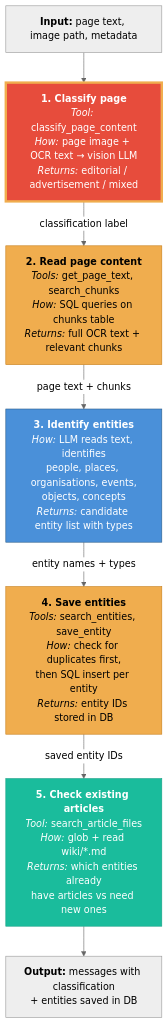
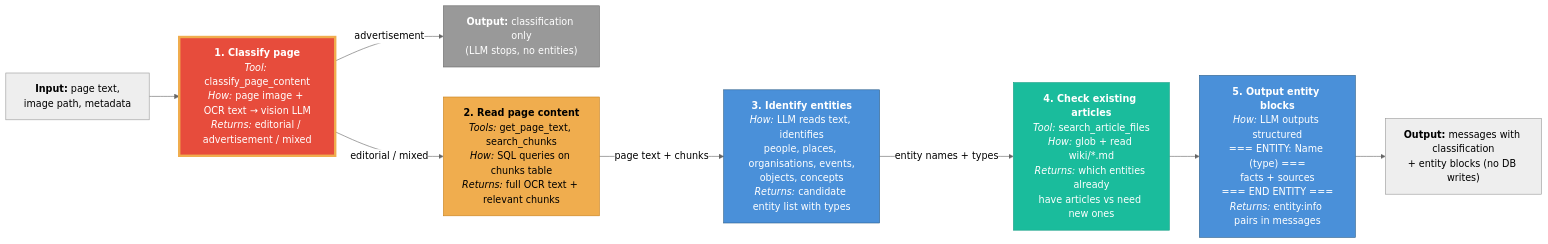
One commit to alastairrushworth/docswarm changed the second of 4 diagrams in docs/swarm-flow.md. Above: the diagram before and after it, drawn with Mermaid (neutral theme). The commit also changed other lines of this file and 5 other files, not shown here.

````diff
--- a/docs/swarm-flow.md
+++ b/docs/swarm-flow.md
@@ -66,38 +66,41 @@
 ```mermaid
-flowchart TD
-    IN["<b>Input:</b> page text, image path, metadata"]
+flowchart LR
+    IN["<b>Input:</b> page text,<br/>image path, metadata"]
 
     IN --> S1
 
     S1["<b>1. Classify page</b><br/><i>Tool:</i> classify_page_content<br/><i>How:</i> page image + OCR text &rarr; vision LLM<br/><i>Returns:</i> editorial / advertisement / mixed"]
 
-    S1 -->|"classification label"| S2
+    S1 -->|"advertisement"| OUT_AD["<b>Output:</b> classification only<br/>(LLM stops, no entities)"]
+    S1 -->|"editorial / mixed"| S2
 
     S2["<b>2. Read page content</b><br/><i>Tools:</i> get_page_text, search_chunks<br/><i>How:</i> SQL queries on chunks table<br/><i>Returns:</i> full OCR text + relevant chunks"]
 
     S2 -->|"page text + chunks"| S3
 
     S3["<b>3. Identify entities</b><br/><i>How:</i> LLM reads text, identifies<br/>people, places, organisations, events,<br/>objects, concepts<br/><i>Returns:</i> candidate entity list with types"]
 
     S3 -->|"entity names + types"| S4
 
-    S4["<b>4. Save entities</b><br/><i>Tools:</i> search_entities, save_entity<br/><i>How:</i> check for duplicates first,<br/>then SQL insert per entity<br/><i>Returns:</i> entity IDs stored in DB"]
+    S4["<b>4. Check existing articles</b><br/><i>Tool:</i> search_article_files<br/><i>How:</i> glob + read wiki/*.md<br/><i>Returns:</i> which entities already<br/>have articles vs need new ones"]
 
-    S4 -->|"saved entity IDs"| S5
+    S4 --> S5
 
-    S5["<b>5. Check existing articles</b><br/><i>Tool:</i> search_article_files<br/><i>How:</i> glob + read wiki/*.md<br/><i>Returns:</i> which entities already<br/>have articles vs need new ones"]
+    S5["<b>5. Output entity blocks</b><br/><i>How:</i> LLM outputs structured<br/>=== ENTITY: Name (type) ===<br/>facts + sources<br/>=== END ENTITY ===<br/><i>Returns:</i> entity:info pairs in messages"]
 
-    S5 --> OUT["<b>Output:</b> messages with classification<br/>+ entities saved in DB"]
+    S5 --> OUT["<b>Output:</b> messages with classification<br/>+ entity blocks (no DB writes)"]
 
     %% Styling
     classDef srcDb fill:#f0ad4e,stroke:#c77f1a,color:#000
     classDef srcWiki fill:#1abc9c,stroke:#16a085,color:#fff
     classDef srcMixed fill:#e74c3c,stroke:#f0ad4e,color:#fff,stroke-width:4px
     classDef srcLlm fill:#4a90d9,stroke:#2c5f8a,color:#fff
+    classDef srcStop fill:#999,stroke:#666,color:#fff
 
     class S1 srcMixed
     class S2 srcDb
     class S3 srcLlm
-    class S4 srcDb
-    class S5 srcWiki
+    class S4 srcWiki
+    class S5 srcLlm
+    class OUT_AD srcStop
 ```
````
